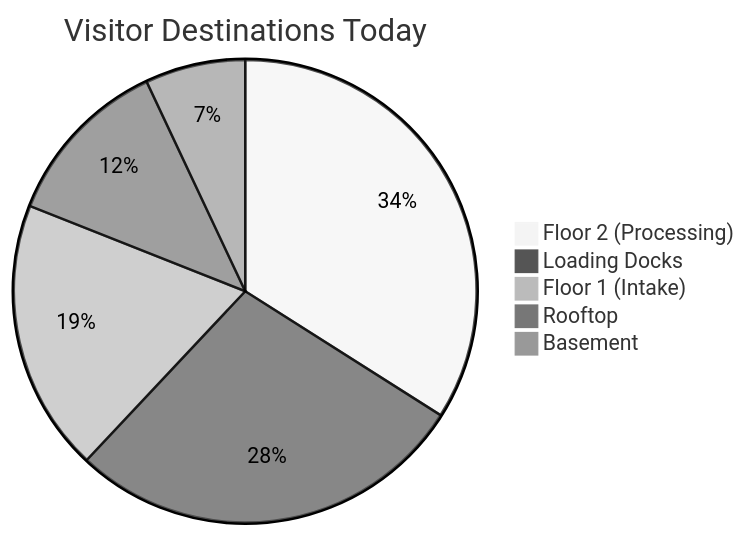
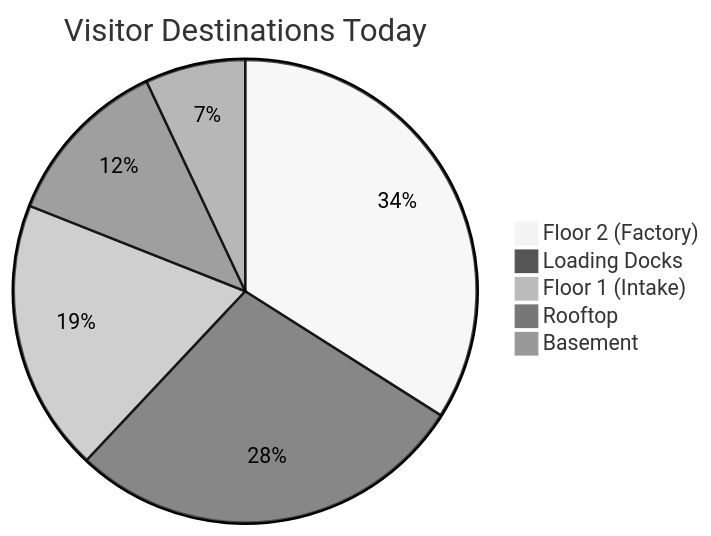
One commit to SimHacker/moollm changed the third of 4 diagrams in examples/adventure-4/street/lane-neverending/leela-manufacturing/lobby/README.md. Above: the diagram before and after it, drawn with Mermaid (neutral theme). The commit also changed other lines of this file and 15 other files, not shown here.

First line of the commit message:
Fix Floor 2 name: Processing Floor → Factory Floor

````diff
--- a/examples/adventure-4/street/lane-neverending/leela-manufacturing/lobby/README.md
+++ b/examples/adventure-4/street/lane-neverending/leela-manufacturing/lobby/README.md
@@ -71,8 +71,8 @@
 ```mermaid
 pie title Visitor Destinations Today
-    "Floor 2 (Processing)" : 34
+    "Floor 2 (Factory)" : 34
     "Loading Docks" : 28
     "Floor 1 (Intake)" : 19
     "Rooftop" : 12
     "Basement" : 7
 ```
````
